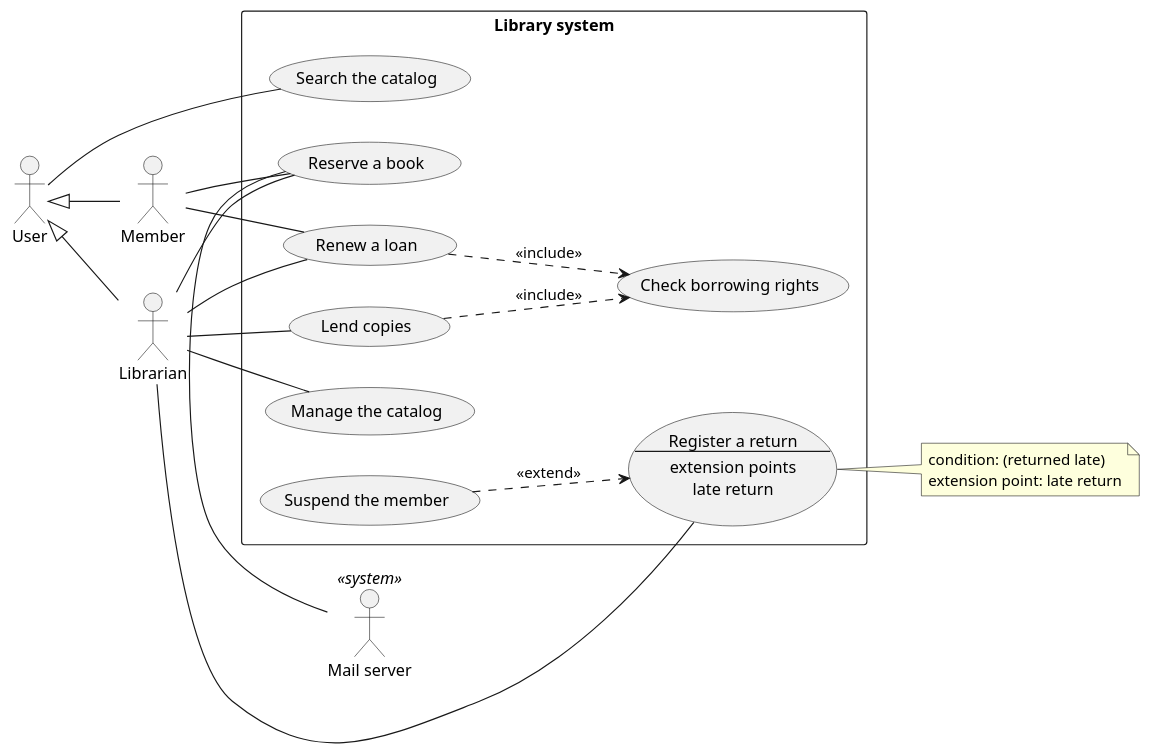
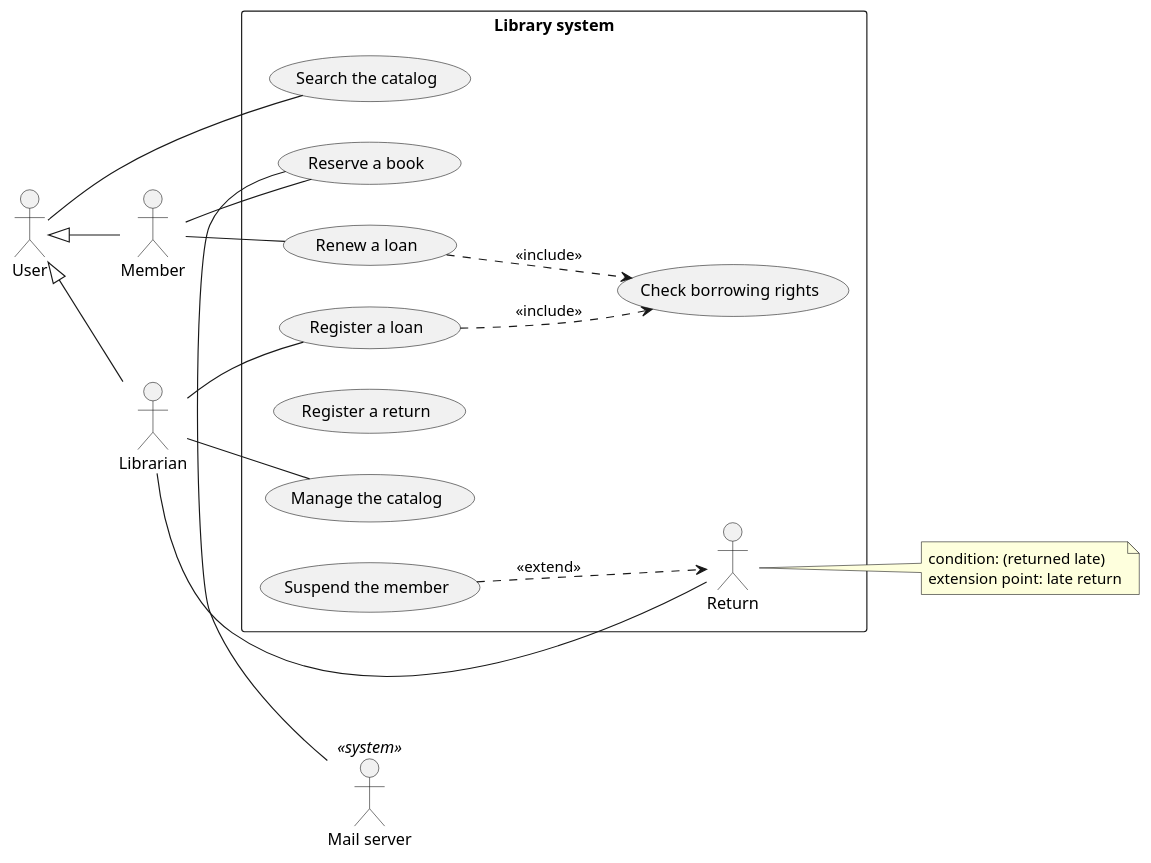
Before and after one commit to abderrahimbelfar/tp2-library: the diagram in docs/uml/use-cases.puml, drawn with PlantUML. The commit also changed 7 other files, not shown here.

```diff
--- a/docs/uml/use-cases.puml
+++ b/docs/uml/use-cases.puml
@@ -1,51 +1,46 @@
 @startuml
 left to right direction
 
 actor User
 actor Member
 actor Librarian
 actor "Mail server" as Mail <<system>>
 
 User <|-- Member
 User <|-- Librarian
 
 rectangle "Library system" {
 
     usecase "Search the catalog" as Search
     usecase "Reserve a book" as Reserve
     usecase "Renew a loan" as Renew
-    usecase "Lend copies" as Loan
+    usecase "Register a loan" as Loan
 
-    usecase Return as "Register a return
-    --
-    extension points
-    late return"
+    usecase "Register a return" as return
 
     usecase "Manage the catalog" as Manage
     usecase "Check borrowing rights" as Check
     usecase "Suspend the member" as Suspend
 
     Renew ..> Check : <<include>>
     Loan ..> Check : <<include>>
     Suspend ..> Return : <<extend>>
 }
 
 User -- Search
 
 Member -- Reserve
 Member -- Renew
 
-Librarian -- Reserve
-Librarian -- Renew
 Librarian -- Loan
 Librarian -- Return
 Librarian -- Manage
 
 Mail -right- Reserve
 
 note right of Return
     condition: (returned late)
     extension point: late return
 end note
 
 @enduml
```
